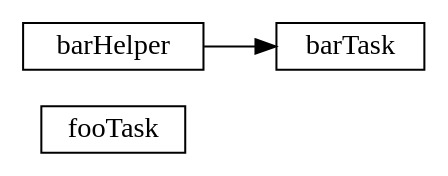
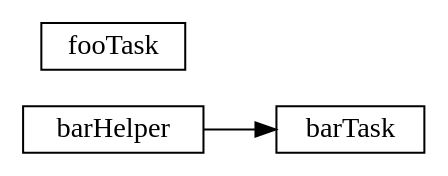
One commit to com-lihaoyi/mill changed the second of 7 diagrams in website/blog/modules/ROOT/pages/10-bytecode-analysis.adoc. Above: the diagram before and after it, drawn with Graphviz. The commit also changed other lines of this file, not shown here.

````diff
--- a/website/blog/modules/ROOT/pages/10-bytecode-analysis.adoc
+++ b/website/blog/modules/ROOT/pages/10-bytecode-analysis.adoc
@@ -266,8 +283,9 @@
 ```graphviz
 digraph G {
   rankdir=LR
   node [shape=box width=0 height=0]
+
+  barHelper -> barTask
   fooTask
-  barHelper -> barTask
 }
 ```
````
